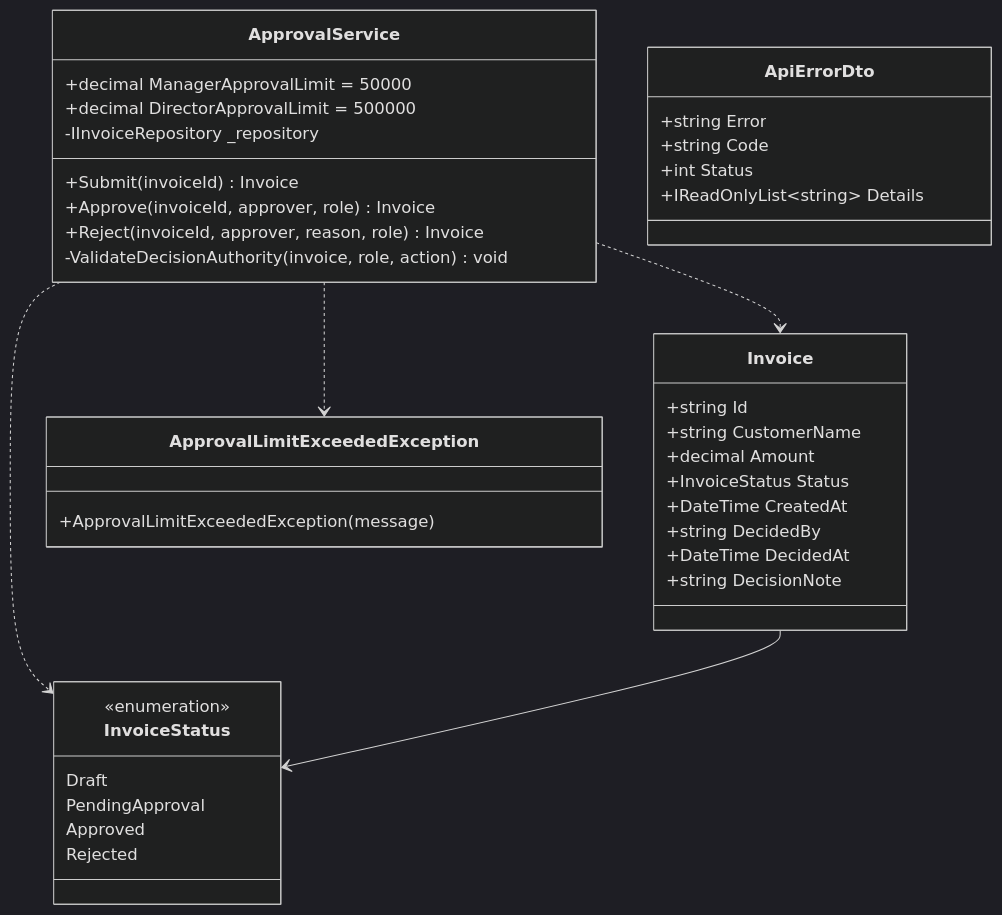
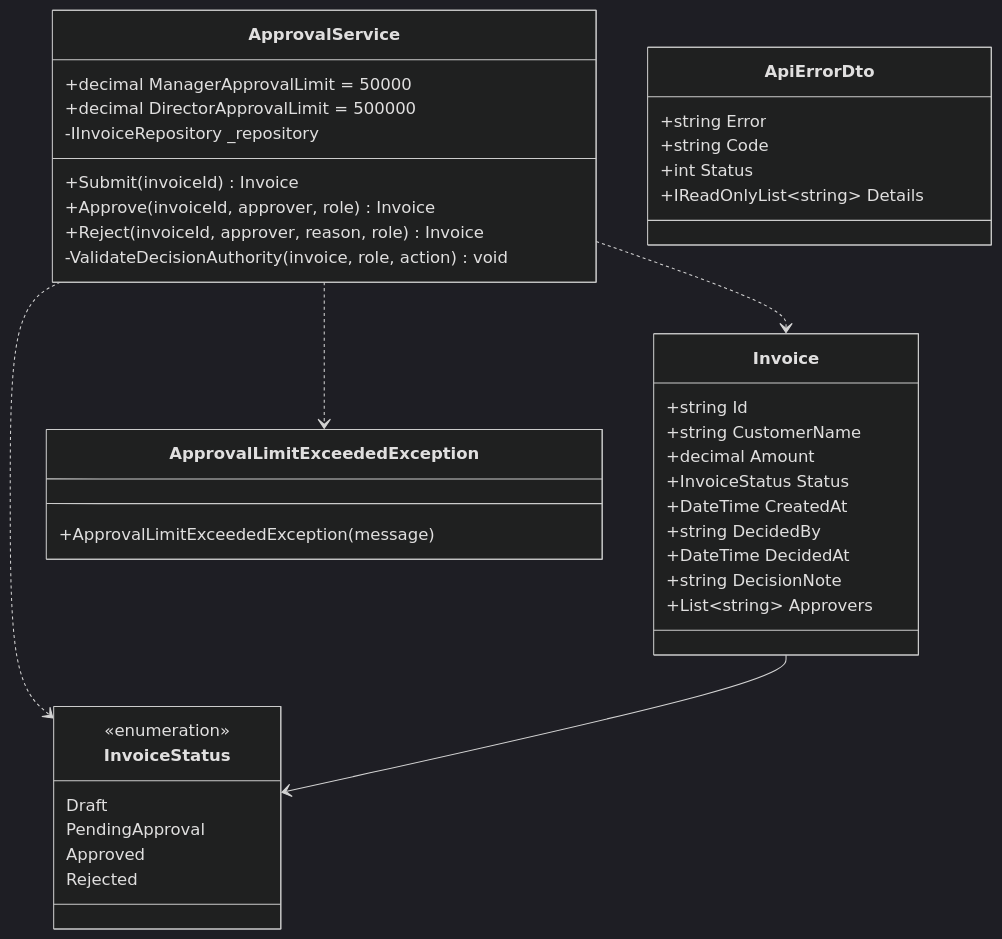
One commit to RahulAwasthi314/ai-sdlc-demo-app changed the third of 3 diagrams in docs/features/002-approval-limits-by-role/deliverables/sequence-and-uml.md. Above: the diagram before and after it, drawn with Mermaid (dark theme). The commit also changed other lines of this file and 17 other files, not shown here.

````diff
--- a/docs/features/002-approval-limits-by-role/deliverables/sequence-and-uml.md
+++ b/docs/features/002-approval-limits-by-role/deliverables/sequence-and-uml.md
@@ -29,47 +54,48 @@
 ```mermaid
 classDiagram
     class Invoice {
         +string Id
         +string CustomerName
         +decimal Amount
         +InvoiceStatus Status
         +DateTime CreatedAt
         +string DecidedBy
         +DateTime DecidedAt
         +string DecisionNote
+        +List~string~ Approvers
     }
 
     class InvoiceStatus {
         <<enumeration>>
         Draft
         PendingApproval
         Approved
         Rejected
     }
 
     class ApprovalService {
         +decimal ManagerApprovalLimit = 50000
         +decimal DirectorApprovalLimit = 500000
         -IInvoiceRepository _repository
         +Submit(invoiceId) Invoice
         +Approve(invoiceId, approver, role) Invoice
         +Reject(invoiceId, approver, reason, role) Invoice
         -ValidateDecisionAuthority(invoice, role, action) void
     }
 
     class ApprovalLimitExceededException {
         +ApprovalLimitExceededException(message)
     }
 
     class ApiErrorDto {
         +string Error
         +string Code
         +int Status
         +IReadOnlyList~string~ Details
     }
 
     ApprovalService ..> Invoice
     ApprovalService ..> InvoiceStatus
     ApprovalService ..> ApprovalLimitExceededException
     Invoice --> InvoiceStatus
 ```
````
